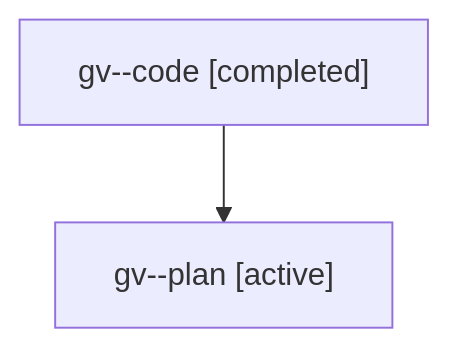
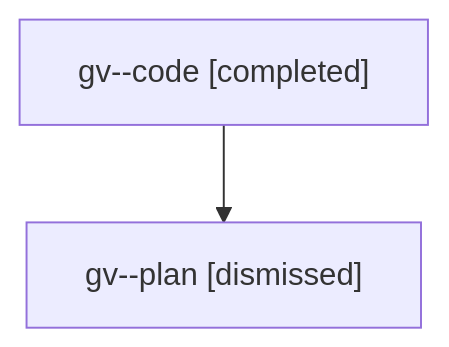
Before and after one commit to sase-org/sase--agents: the diagram in sessions/bbugyi200.athena.gv.md, drawn with Mermaid. The commit also changed other lines of this file and 74 other files, not shown here.

````diff
--- a/sessions/bbugyi200.athena.gv.md
+++ b/sessions/bbugyi200.athena.gv.md
@@ -9,6 +9,6 @@
 ```mermaid
 flowchart TD
   n0["gv--code [completed]"]
-  n1["gv--plan [active]"]
+  n1["gv--plan [dismissed]"]
   n0 --> n1
 ```
````
